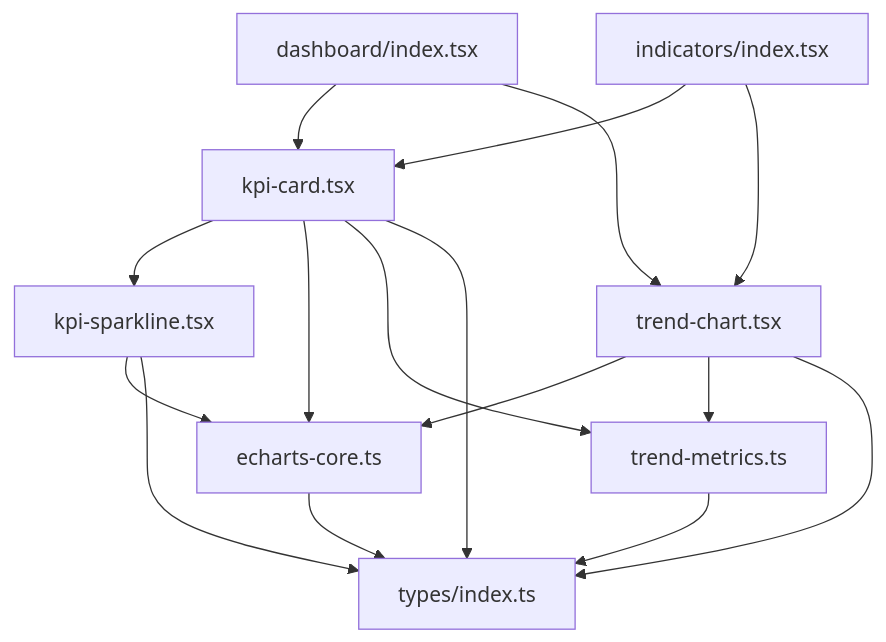
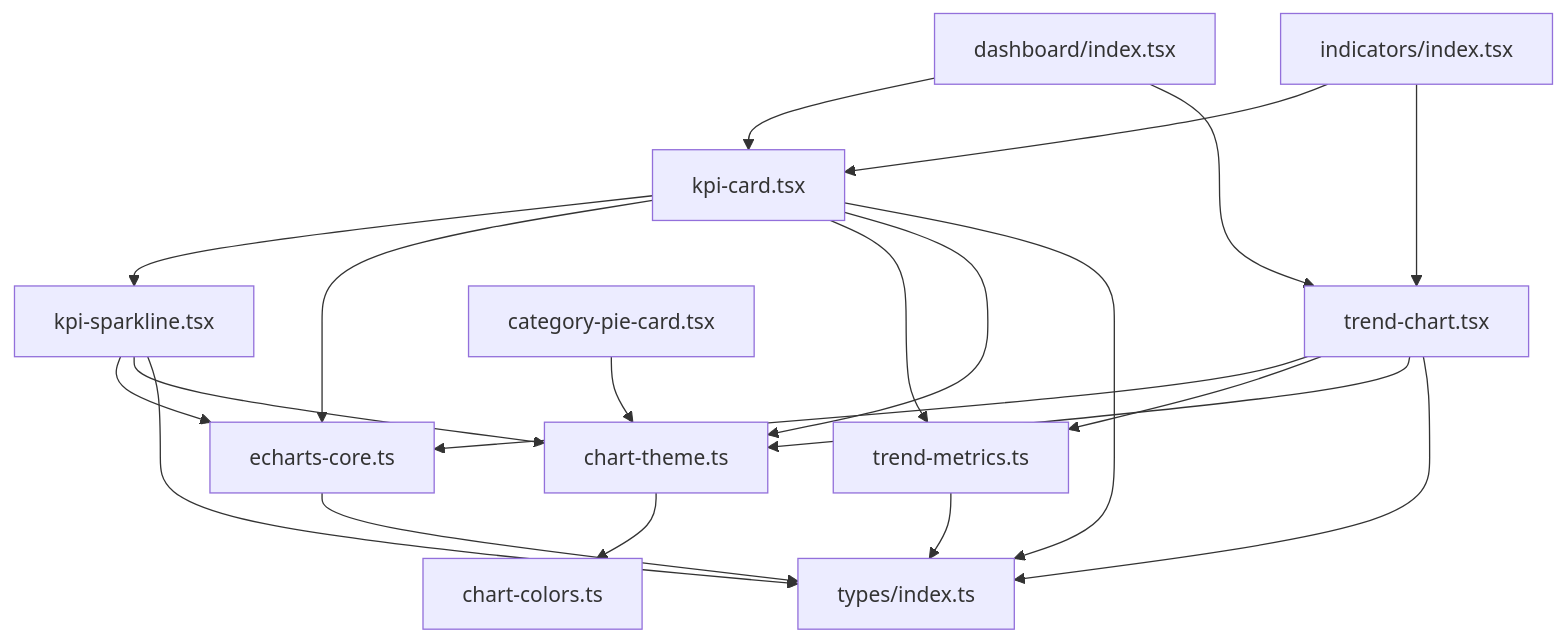
Before and after one commit to Damao997/newproject: diagram 11 of 11 in .qoder/repowiki/zh/content/架构设计/组件架构/业务组件/图表组件/图表组件.md, drawn with Mermaid. The commit also changed other lines of this file and 10 other files, not shown here.

````diff
--- a/.qoder/repowiki/zh/content/架构设计/组件架构/业务组件/图表组件/图表组件.md
+++ b/.qoder/repowiki/zh/content/架构设计/组件架构/业务组件/图表组件/图表组件.md
@@ -377,18 +470,23 @@
 ```mermaid
 graph TB
 KC["kpi-card.tsx"] --> SL["kpi-sparkline.tsx"]
 KC --> EC["echarts-core.ts"]
 KC --> TM["trend-metrics.ts"]
+KC --> CT["chart-theme.ts"]
 TC["trend-chart.tsx"] --> EC
 TC --> TM
+TC --> CT
 SL --> EC
+SL --> CT
+IP["category-pie-card.tsx"] --> CT
 D["dashboard/index.tsx"] --> KC
 D --> TC
 I["indicators/index.tsx"] --> KC
 I --> TC
 KC --> T["types/index.ts"]
 TC --> T
 SL --> T
 EC --> T
 TM --> T
+CT --> CC["chart-colors.ts"]
 ```
````
